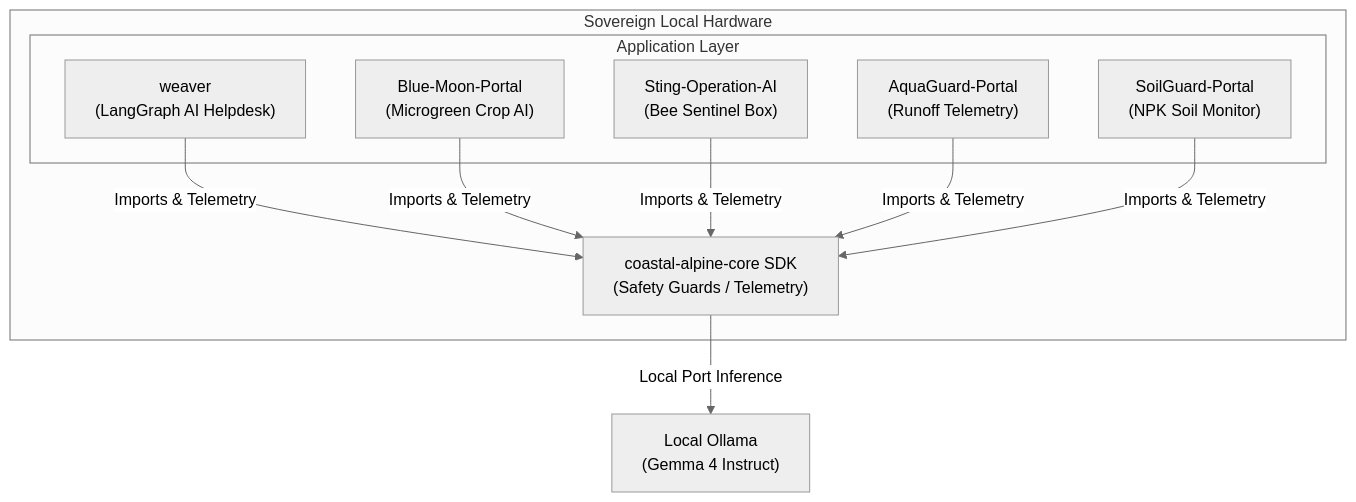
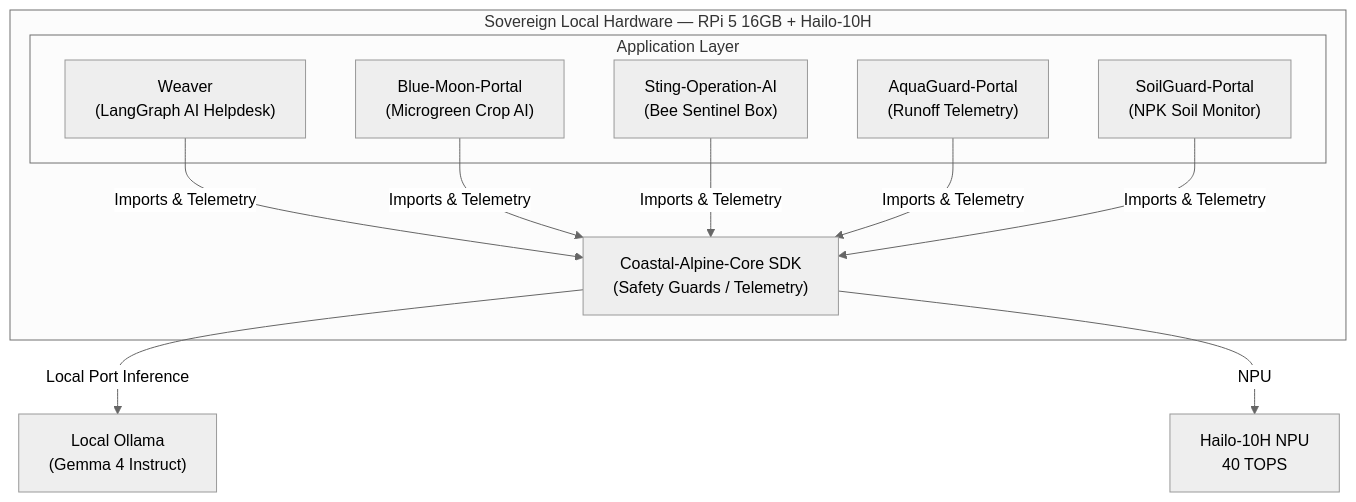
Before and after one commit to fivepanelhat/fivepanelhat: the diagram in README.md, drawn with Mermaid (neutral theme). The commit also changed other lines of this file, not shown here.

First line of the commit message:
docs: standardize on Raspberry Pi 5 16GB + Hailo-10H NPU (40 TOPS)

````diff
--- a/README.md
+++ b/README.md
@@ -38,17 +54,18 @@
 ```mermaid
 flowchart TD
-    subgraph "Sovereign Local Hardware"
-        Core["coastal-alpine-core SDK<br/>(Safety Guards / Telemetry)"]
+    subgraph "Sovereign Local Hardware — RPi 5 16GB + Hailo-10H"
+        Core["Coastal-Alpine-Core SDK<br/>(Safety Guards / Telemetry)"]
         
         subgraph "Application Layer"
-            Weaver["weaver<br/>(LangGraph AI Helpdesk)"]
+            Weaver["Weaver<br/>(LangGraph AI Helpdesk)"]
             BlueMoon["Blue-Moon-Portal<br/>(Microgreen Crop AI)"]
             Sting["Sting-Operation-AI<br/>(Bee Sentinel Box)"]
             Aqua["AquaGuard-Portal<br/>(Runoff Telemetry)"]
             Soil["SoilGuard-Portal<br/>(NPK Soil Monitor)"]
         end
     end
     
     Weaver & BlueMoon & Sting & Aqua & Soil -->|Imports & Telemetry| Core
     Core -->|Local Port Inference| Ollama["Local Ollama<br/>(Gemma 4 Instruct)"]
+    Core -->|NPU| Hailo["Hailo-10H NPU<br/>40 TOPS"]
 ```
````
